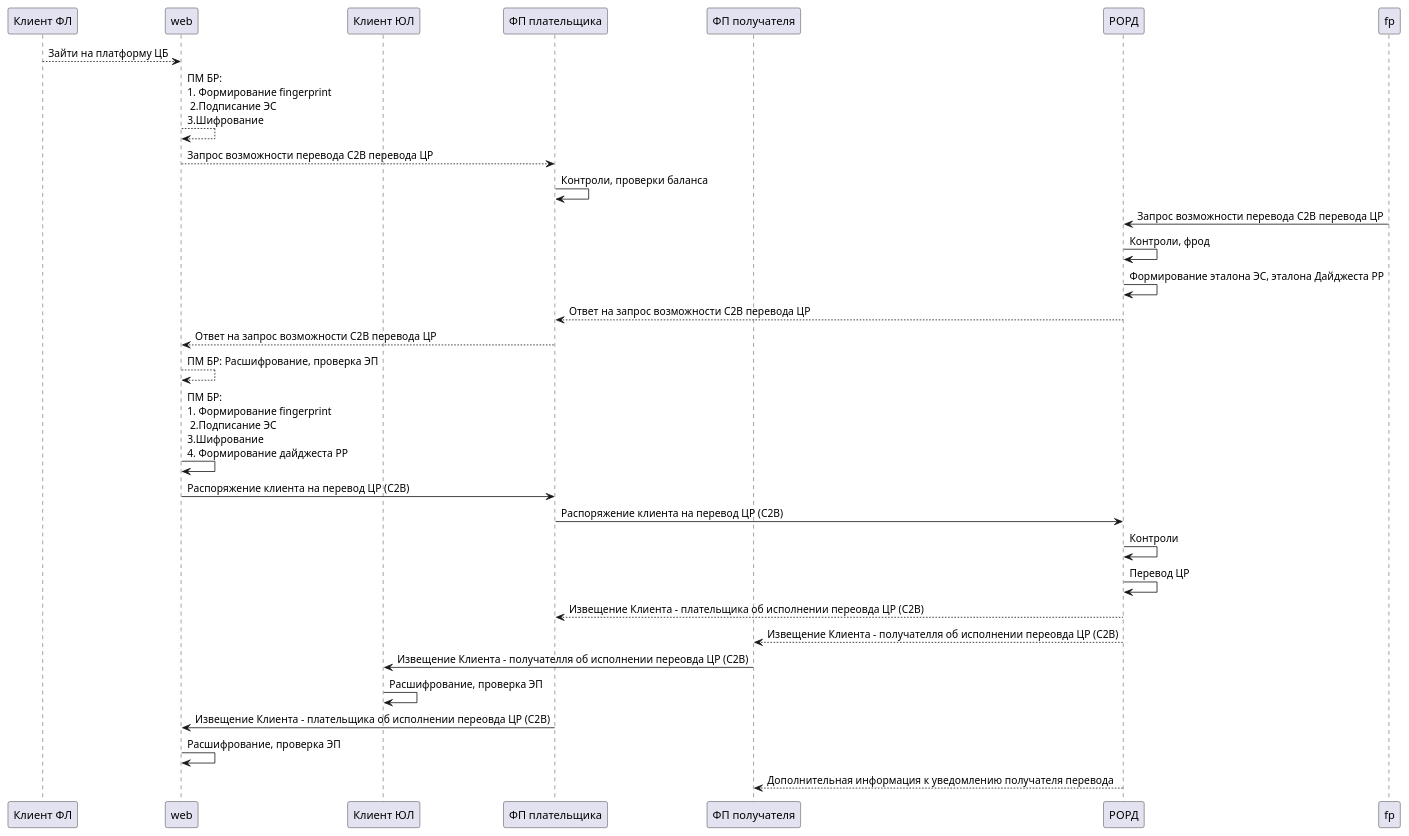
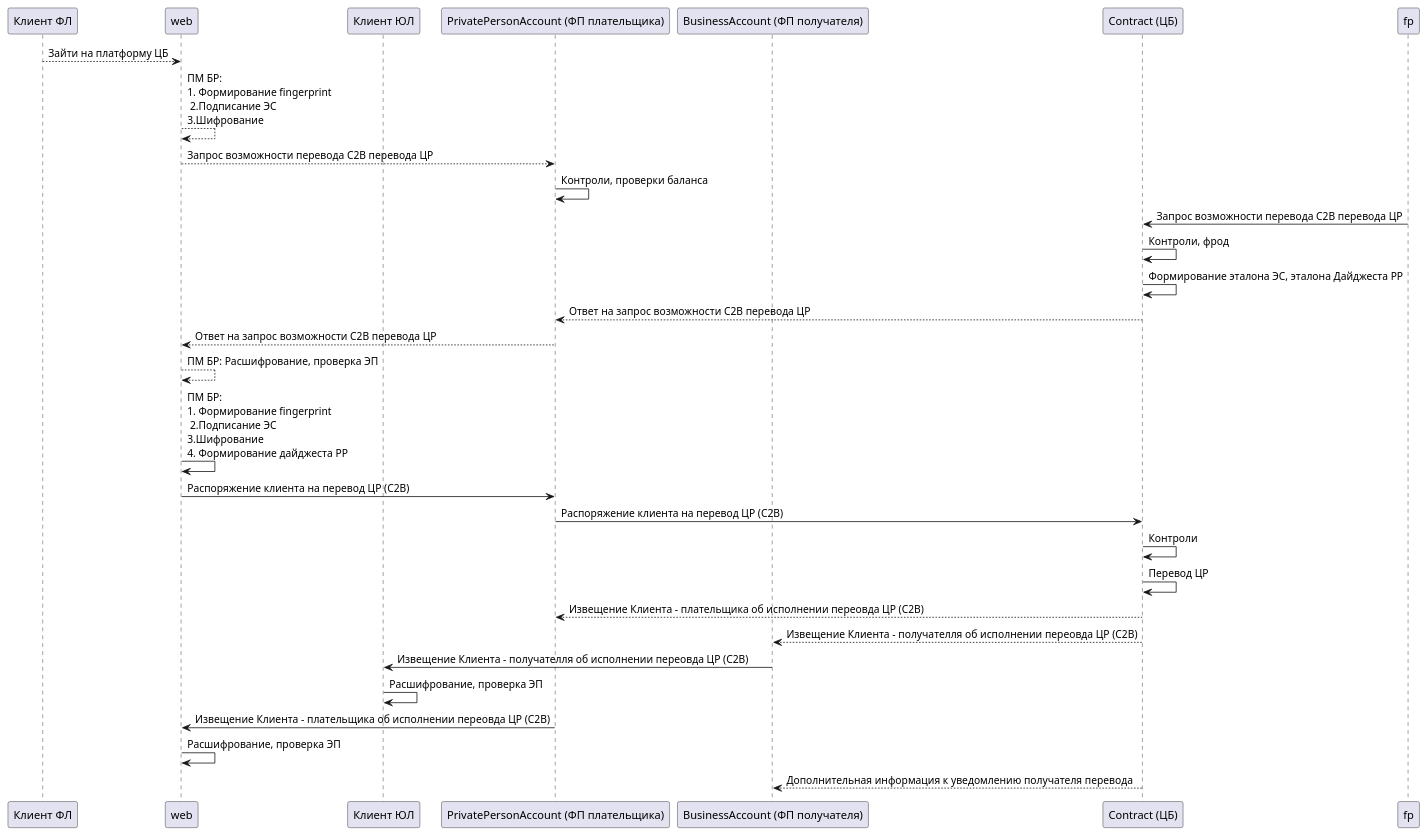
Before and after one commit to codez0mb1e/cbdc-architecture: the diagram in paymentVtb.puml, drawn with PlantUML.

```diff
--- a/paymentVtb.puml
+++ b/paymentVtb.puml
@@ -1,31 +1,31 @@
 @startuml CASE-1 payment
 participant "Клиент ФЛ" as client_fl
 participant web
 participant "Клиент ЮЛ" as client_ul
-participant "ФП плательщика" as fp_in
-participant "ФП получателя" as fp_out
-participant "РОРД" as cb
+participant "PrivatePersonAccount (ФП плательщика)" as fp_in
+participant "BusinessAccount (ФП получателя)" as fp_out
+participant "Сontract (ЦБ)" as cb
 
 client_fl --> web: Зайти на платформу ЦБ 
 web --> web: ПМ БР: \n1. Формирование fingerprint \n 2.Подписание ЭС \n3.Шифрование
 web --> fp_in: Запрос возможности перевода C2B перевода ЦР
 fp_in -> fp_in: Контроли, проверки баланса
 fp -> cb: Запрос возможности перевода C2B перевода ЦР
 cb -> cb: Контроли, фрод
 cb -> cb: Формирование эталона ЭС, эталона Дайджеста PP
 cb --> fp_in: Ответ на запрос возможности C2B перевода ЦР
 fp_in --> web: Ответ на запрос возможности C2B перевода ЦР
 web --> web: ПМ БР: Расшифрование, проверка ЭП
 web -> web: ПМ БР: \n1. Формирование fingerprint \n 2.Подписание ЭС \n3.Шифрование \n4. Формирование дайджеста РР
 web -> fp_in: Распоряжение клиента на перевод ЦР (C2B)
 fp_in -> cb: Распоряжение клиента на перевод ЦР (C2B)
 cb -> cb: Контроли
 cb -> cb: Перевод ЦР
 cb --> fp_in: Извещение Клиента - плательщика об исполнении переовда ЦР (C2B)
 cb --> fp_out: Извещение Клиента - получателля об исполнении переовда ЦР (C2B)
 fp_out ->  client_ul: Извещение Клиента - получателля об исполнении переовда ЦР (C2B)
 client_ul -> client_ul: Расшифрование, проверка ЭП
 fp_in -> web: Извещение Клиента - плательщика об исполнении переовда ЦР (C2B)
 web -> web: Расшифрование, проверка ЭП
 cb --> fp_out: Дополнительная информация к уведомлению получателя перевода
 @enduml
```
